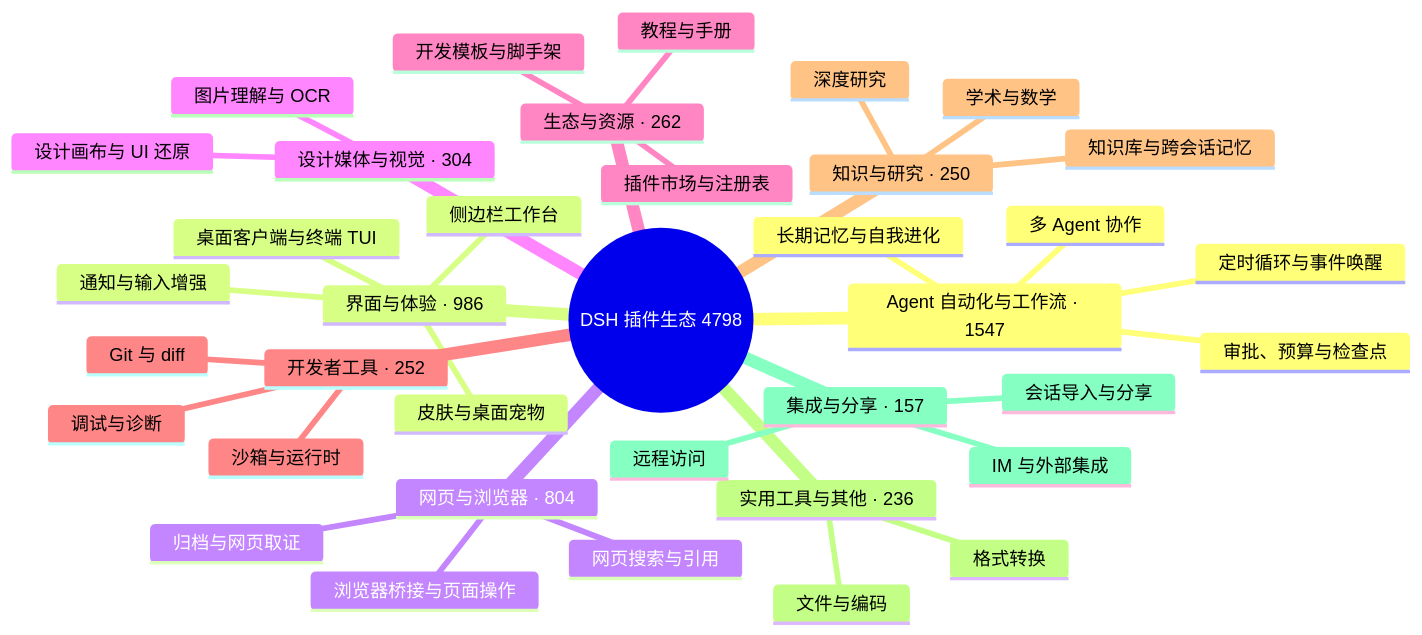
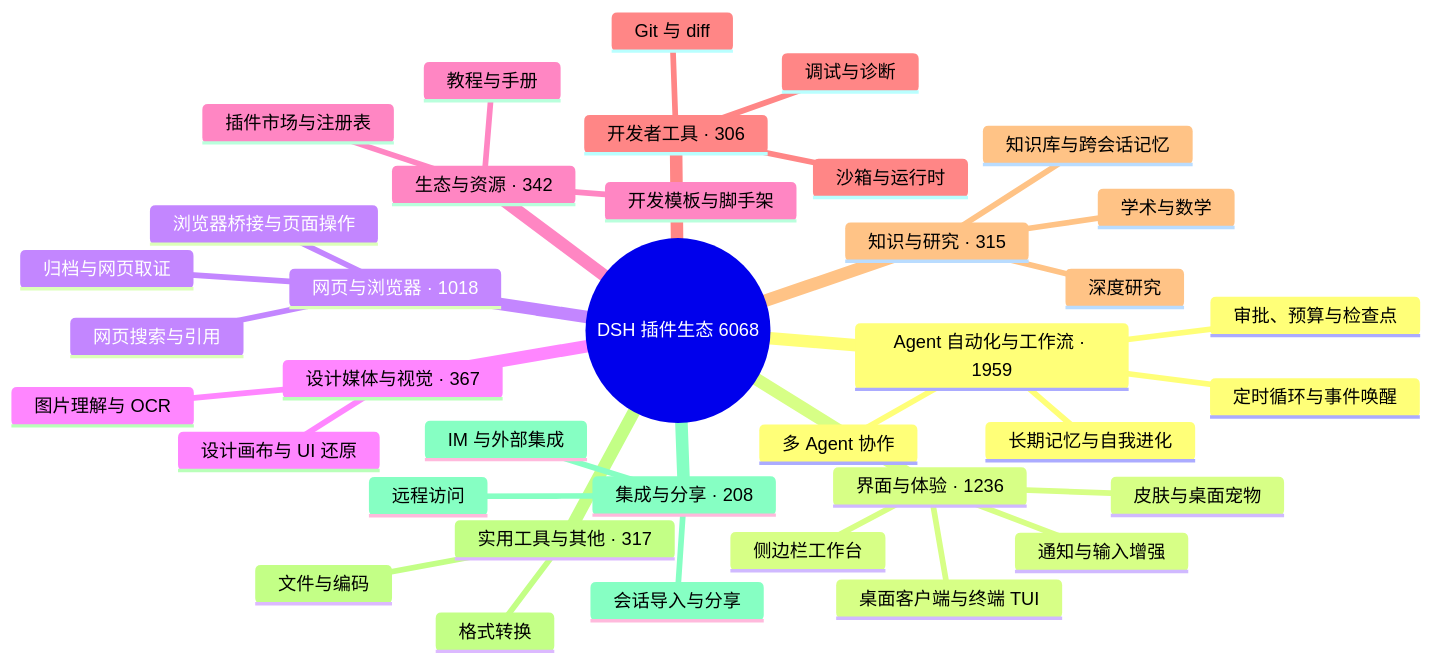
Before and after one commit to PGZXB/awesome-dsh-plugin-3: the diagram in README.md, drawn with Mermaid. The commit also changed other lines of this file and 1 other file, not shown here.

````diff
--- a/README.md
+++ b/README.md
@@ -32,40 +32,40 @@
 ```mermaid
 mindmap
-  root((DSH 插件生态 4798))
-    Agent 自动化与工作流 · 1547
+  root((DSH 插件生态 6068))
+    Agent 自动化与工作流 · 1959
       定时循环与事件唤醒
       多 Agent 协作
       长期记忆与自我进化
       审批、预算与检查点
-    界面与体验 · 986
+    界面与体验 · 1236
       桌面客户端与终端 TUI
       侧边栏工作台
       皮肤与桌面宠物
       通知与输入增强
-    网页与浏览器 · 804
+    网页与浏览器 · 1018
       浏览器桥接与页面操作
       网页搜索与引用
       归档与网页取证
-    设计媒体与视觉 · 304
+    设计媒体与视觉 · 367
       图片理解与 OCR
       设计画布与 UI 还原
-    生态与资源 · 262
+    生态与资源 · 342
       插件市场与注册表
       开发模板与脚手架
       教程与手册
-    开发者工具 · 252
+    开发者工具 · 306
       Git 与 diff
       沙箱与运行时
       调试与诊断
-    知识与研究 · 250
+    知识与研究 · 315
       知识库与跨会话记忆
       深度研究
       学术与数学
-    实用工具与其他 · 236
+    实用工具与其他 · 317
       文件与编码
       格式转换
-    集成与分享 · 157
+    集成与分享 · 208
       会话导入与分享
       远程访问
       IM 与外部集成
 ```
````
